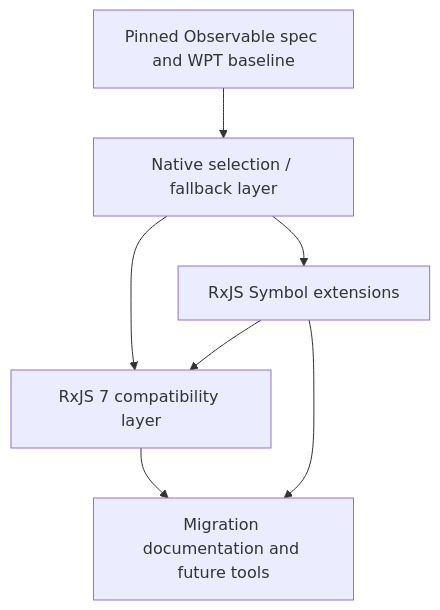
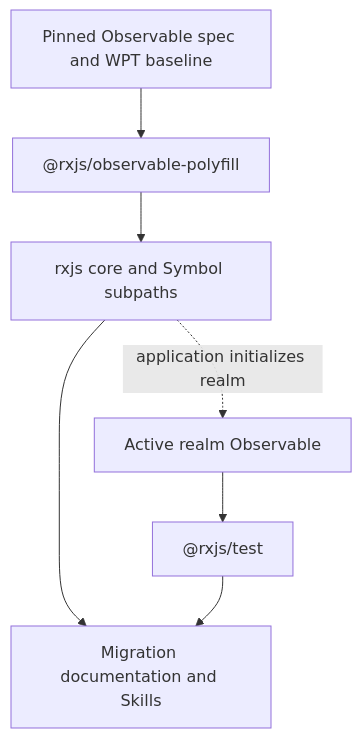
One commit to ReactiveX/rxjs changed the third of 3 diagrams in docs/rxjs-next/ARCHITECTURE.md. Above: the diagram before and after it, drawn with Mermaid. The commit also changed other lines of this file and 5 other files, not shown here.

````diff
--- a/docs/rxjs-next/ARCHITECTURE.md
+++ b/docs/rxjs-next/ARCHITECTURE.md
@@ -794,9 +863,9 @@
 ```mermaid
 flowchart TD
-    Standards["Pinned Observable spec and WPT baseline"] --> Platform["Native selection / fallback layer"]
-    Platform --> Extensions["RxJS Symbol extensions"]
-    Platform --> Compat["RxJS 7 compatibility layer"]
-    Extensions --> Compat
-    Compat --> Migration["Migration documentation and future tools"]
-    Extensions --> Migration
+    Standards["Pinned Observable spec and WPT baseline"] --> Polyfill["@rxjs/observable-polyfill"]
+    Polyfill --> RxJS["rxjs core and Symbol subpaths"]
+    Active["Active realm Observable"] --> Test["@rxjs/test"]
+    RxJS -.->|application initializes realm| Active
+    RxJS --> Migration["Migration documentation and Skills"]
+    Test --> Migration
 ```
````
